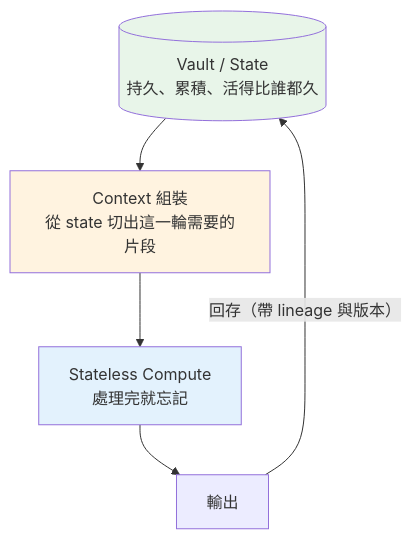
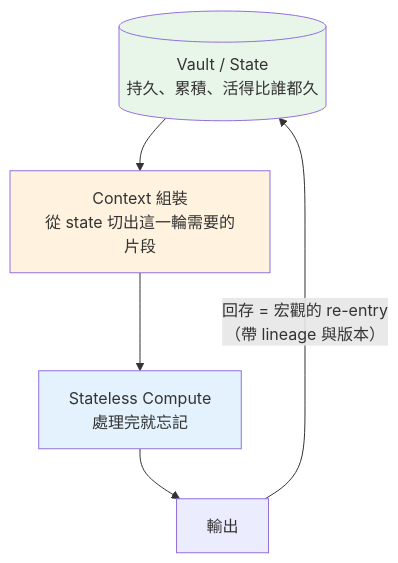
One commit to mapleelpam/LuminNexus-LearningMap changed the second of 2 diagrams in general/compute-state-context.md. Above: the diagram before and after it, drawn with Mermaid. The commit also changed other lines of this file and 8 other files, not shown here.

````diff
--- a/general/compute-state-context.md
+++ b/general/compute-state-context.md
@@ -142,14 +180,14 @@
 ```mermaid
 graph TB
     V[(Vault / State<br/>持久、累積、活得比誰都久)]
     A[Context 組裝<br/>從 state 切出這一輪需要的片段]
     C[Stateless Compute<br/>處理完就忘記]
     O[輸出]
 
     V --> A --> C --> O
-    O -->|回存（帶 lineage 與版本）| V
+    O -->|回存 = 宏觀的 re-entry<br/>（帶 lineage 與版本）| V
 
     style V fill:#e8f5e9
     style A fill:#fff3e0
     style C fill:#e3f2fd
 ```
````
